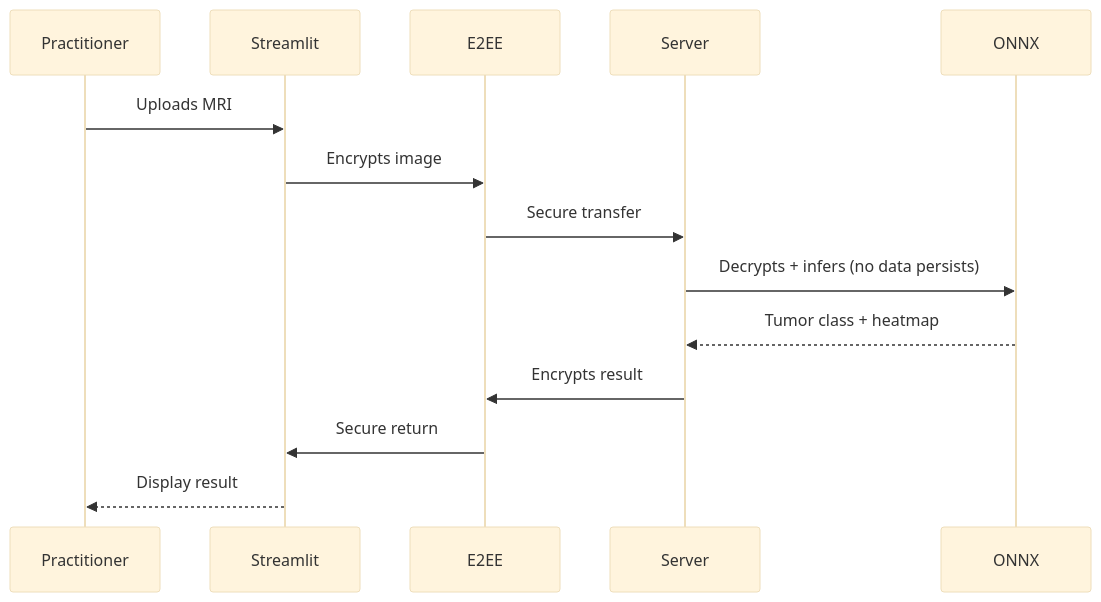
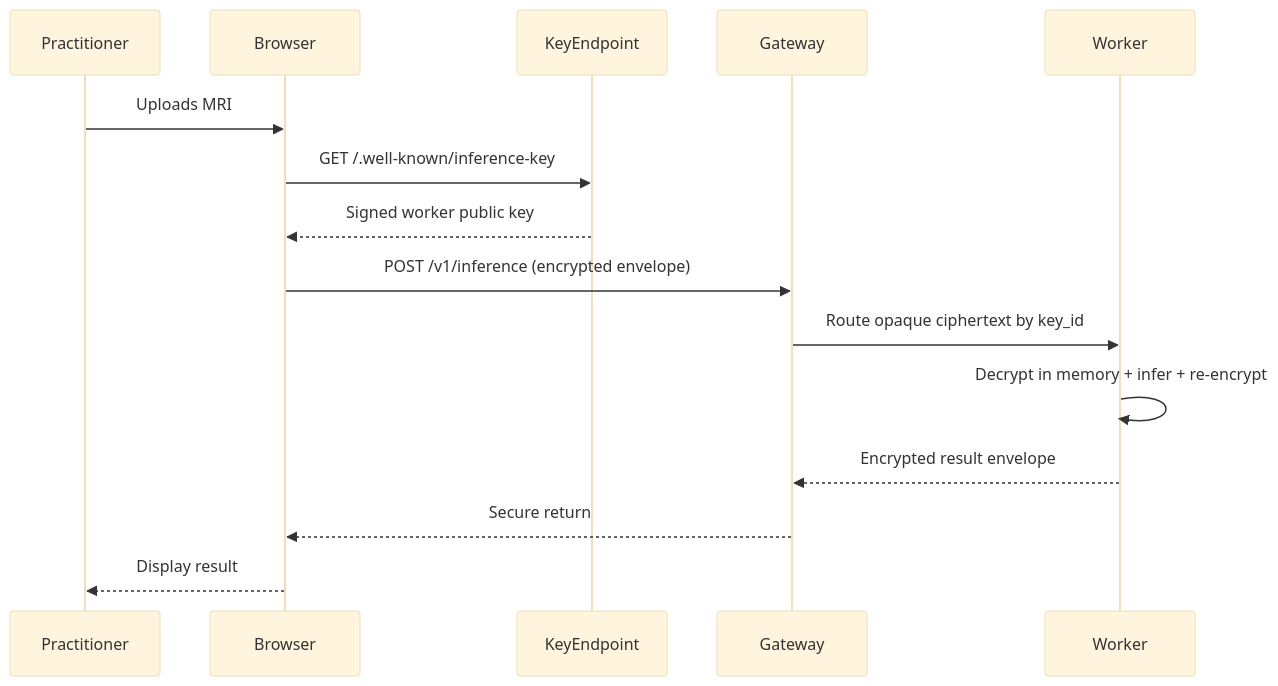
One commit to chempananickal/Tumor_Classifier changed the tenth of 13 diagrams in docs/SAA/arc42-doc.md. Above: the diagram before and after it, drawn with Mermaid (base theme). The commit also changed other lines of this file and 6 other files, not shown here.

````diff
--- a/docs/SAA/arc42-doc.md
+++ b/docs/SAA/arc42-doc.md
@@ -618,16 +706,17 @@
 ```mermaid
 sequenceDiagram
   participant Practitioner
-  participant Streamlit
-  participant E2EE
-  participant Server
-  participant ONNX
-  Practitioner->>Streamlit: Uploads MRI
-  Streamlit->>E2EE: Encrypts image
-  E2EE->>Server: Secure transfer
-  Server->>ONNX: Decrypts + infers (no data persists)
-  ONNX-->>Server: Tumor class + heatmap
-  Server->>E2EE: Encrypts result
-  E2EE->>Streamlit: Secure return
-  Streamlit-->>Practitioner: Display result
+    participant Browser
+    participant KeyEndpoint
+    participant Gateway
+    participant Worker
+    Practitioner->>Browser: Uploads MRI
+    Browser->>KeyEndpoint: GET /.well-known/inference-key
+    KeyEndpoint-->>Browser: Signed worker public key
+    Browser->>Gateway: POST /v1/inference (encrypted envelope)
+    Gateway->>Worker: Route opaque ciphertext by key_id
+    Worker->>Worker: Decrypt in memory + infer + re-encrypt
+    Worker-->>Gateway: Encrypted result envelope
+    Gateway-->>Browser: Secure return
+    Browser-->>Practitioner: Display result
 ```
````
